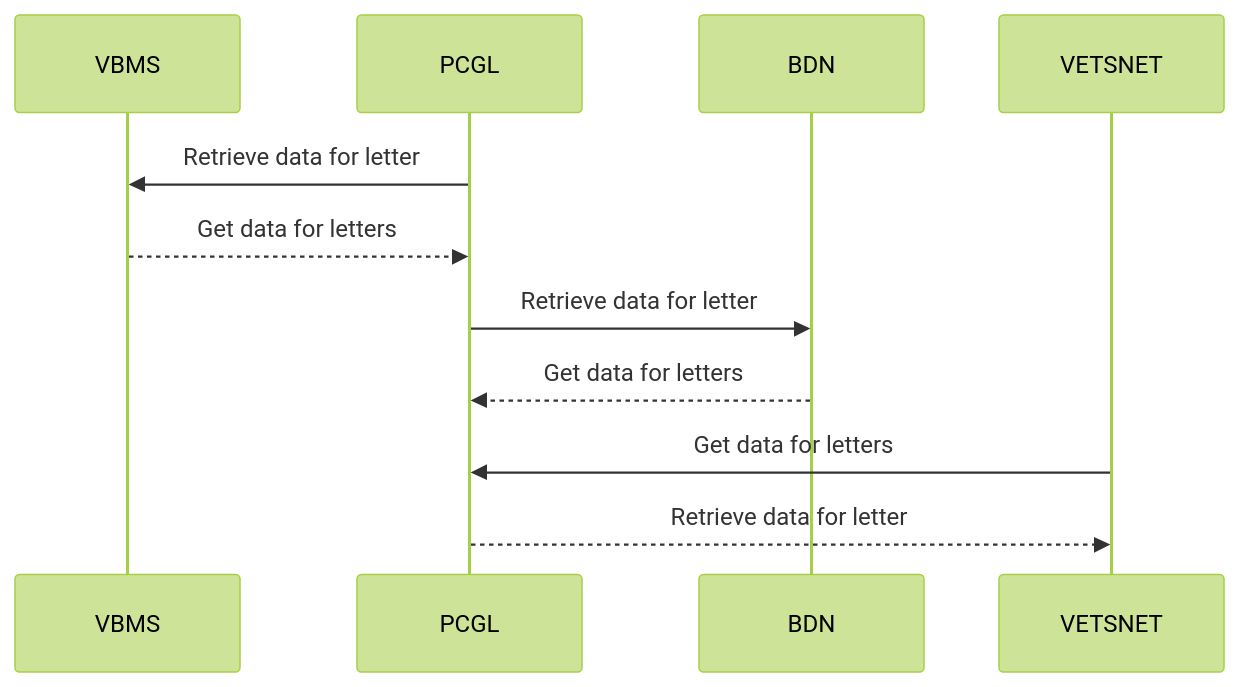
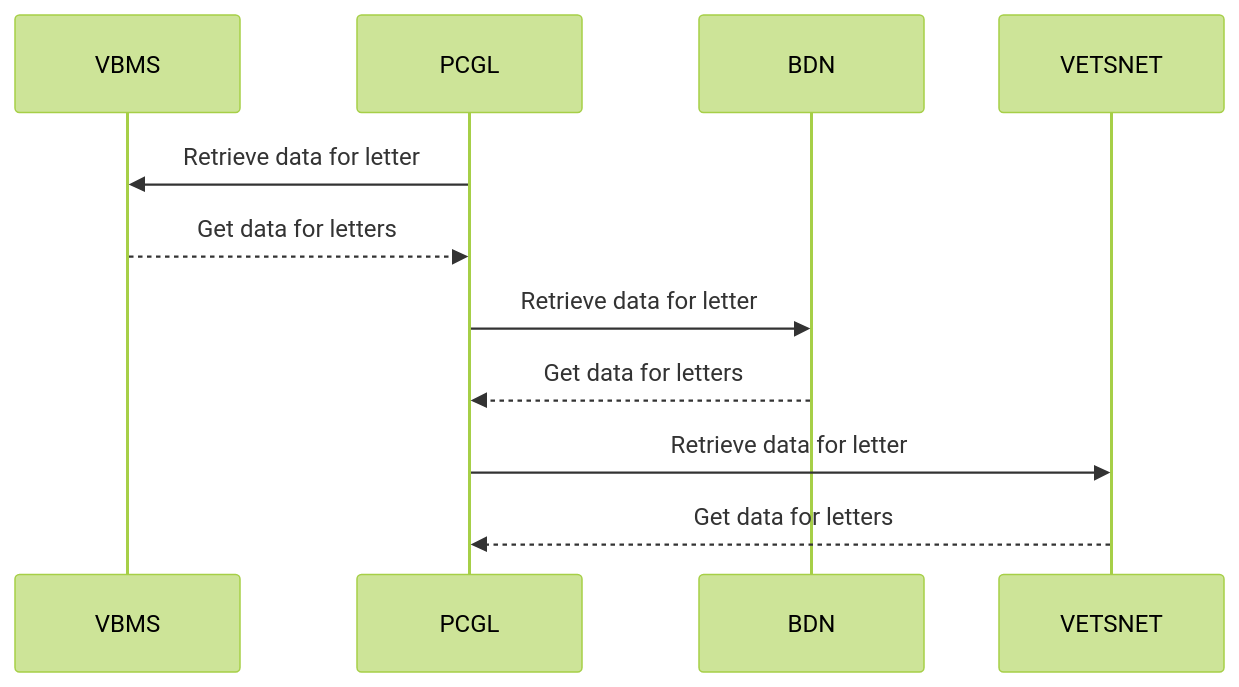
One commit to RickyJe/VBMS changed the diagram in PC Generated Letters.md. Above: the diagram before and after it, drawn with Mermaid (forest theme).

Commit message:
Update PC Generated Letters.md

````diff
--- a/PC Generated Letters.md
+++ b/PC Generated Letters.md
@@ -2,13 +2,13 @@
 ```mermaid
 sequenceDiagram
     Participant VBMS
     Participant PCGL
     Participant BDN
     Participant VETSNET
     PCGL ->> VBMS :  Retrieve data for letter
     VBMS -->> PCGL : Get data for letters
     PCGL ->> BDN :  Retrieve data for letter
     BDN -->> PCGL  : Get data for letters
-    VETSNET ->> PCGL: Get data for letters
-    PCGL -->> VETSNET :  Retrieve data for letter
+    PCGL ->> VETSNET :  Retrieve data for letter
+    VETSNET -->> PCGL: Get data for letters
 ```
````
